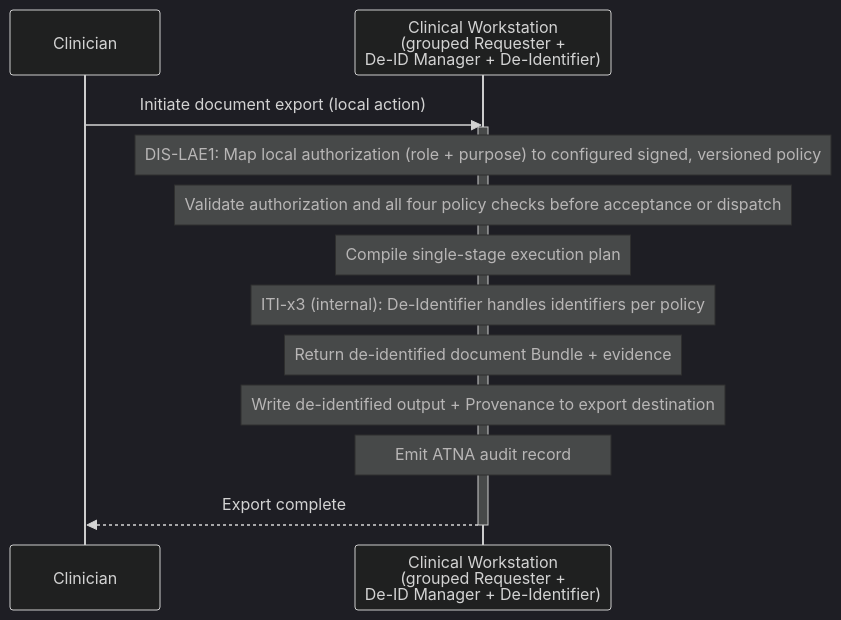
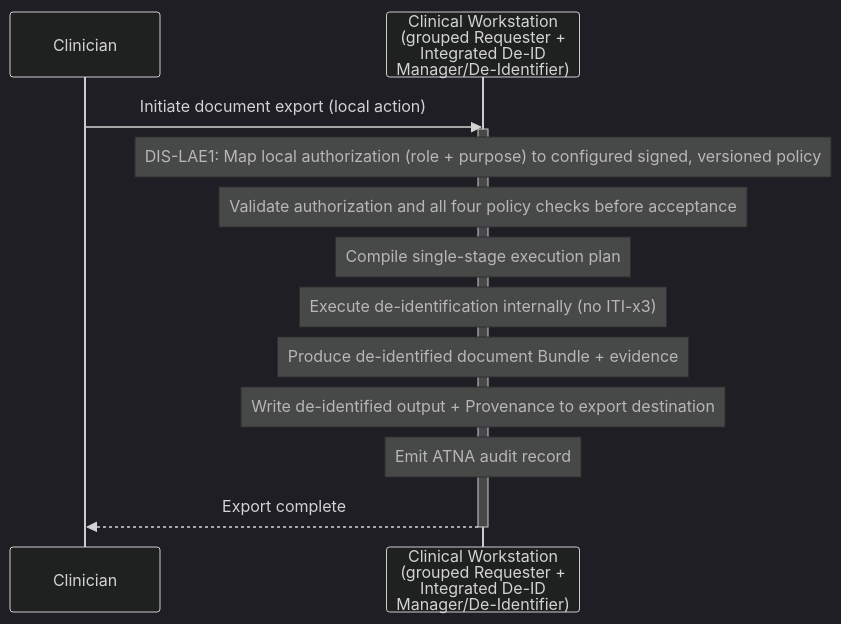
One commit to IHE/ITI.DIS changed the sixth of 6 diagrams in input/pagecontent/volume-1.md. Above: the diagram before and after it, drawn with Mermaid (dark theme). The commit also changed other lines of this file and 1 other file, not shown here.

First line of the commit message:
Add Integrated De-ID Manager/De-Identifier as fourth actor

````diff
--- a/input/pagecontent/volume-1.md
+++ b/input/pagecontent/volume-1.md
@@ -479,19 +503,19 @@
 ```mermaid
 sequenceDiagram
     participant CLI as Clinician
-    participant WS as Clinical Workstation<br/>(grouped Requester +<br/>De-ID Manager + De-Identifier)
+    participant WS as Clinical Workstation<br/>(grouped Requester +<br/>Integrated De-ID<br/>Manager/De-Identifier)
 
     CLI->>WS: Initiate document export (local action)
     activate WS
     Note over WS: DIS-LAE1: Map local authorization (role + purpose) to configured signed, versioned policy
-    Note over WS: Validate authorization and all four policy checks before acceptance or dispatch
+    Note over WS: Validate authorization and all four policy checks before acceptance
     Note over WS: Compile single-stage execution plan
 
-    Note over WS: ITI-x3 (internal): De-Identifier handles identifiers per policy
-    Note over WS: Return de-identified document Bundle + evidence
+    Note over WS: Execute de-identification internally (no ITI-x3)
+    Note over WS: Produce de-identified document Bundle + evidence
 
     Note over WS: Write de-identified output + Provenance to export destination
     Note over WS: Emit ATNA audit record
     WS-->>CLI: Export complete
     deactivate WS
 ```
````
